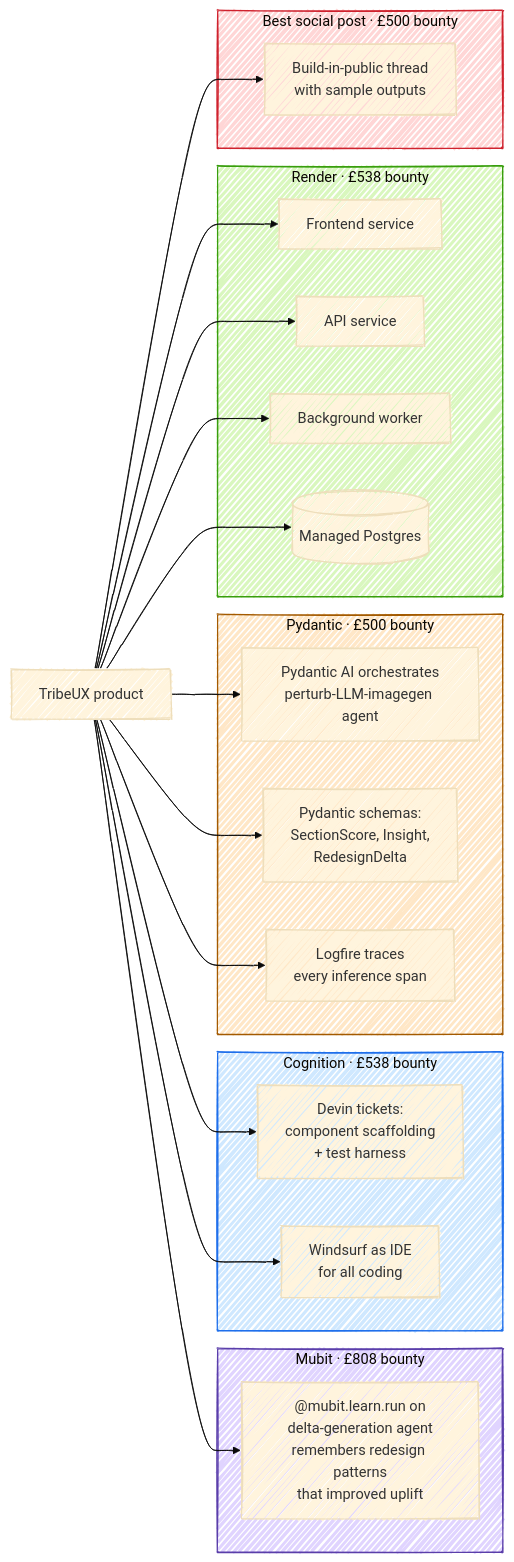
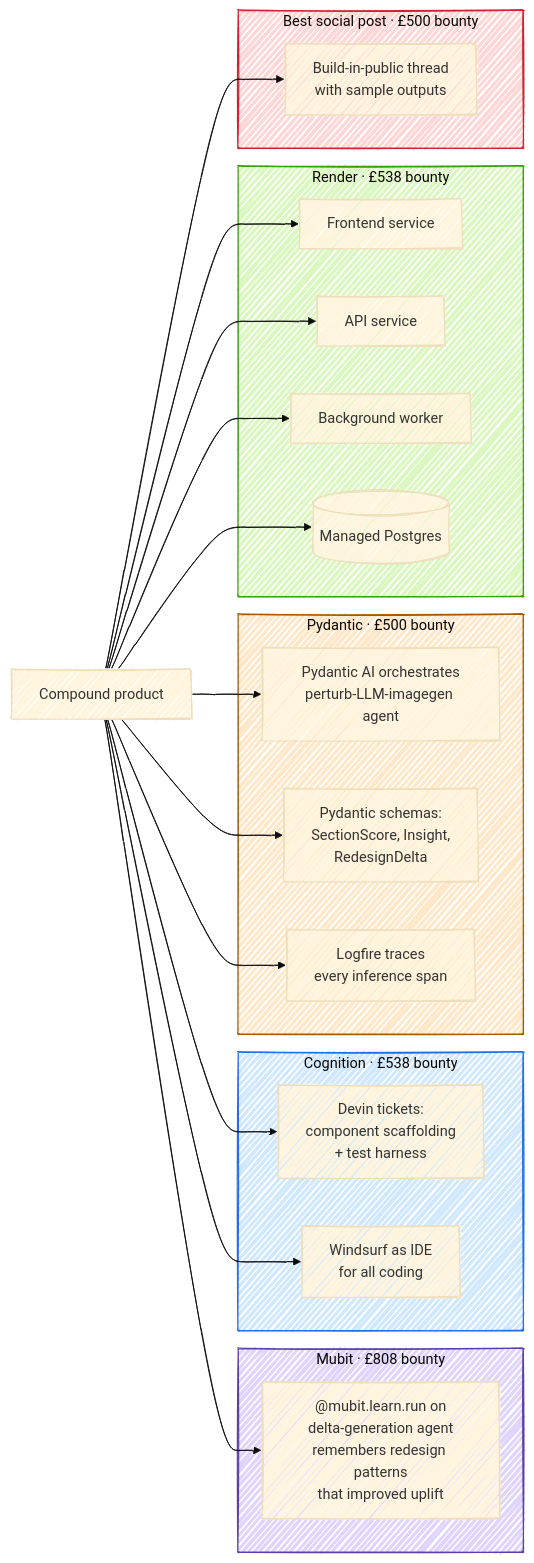
One commit to 0-robert/compound changed the sixth of 10 diagrams in tribeux-master-plan.md. Above: the diagram before and after it, drawn with Mermaid. The commit also changed other lines of this file and 9 other files, not shown here.

First line of the commit message:
Rename brand TRIBEUX/TribeUX \u2192 Compound across user-visible strings

````diff
--- a/tribeux-master-plan.md
+++ b/tribeux-master-plan.md
@@ -285,55 +285,55 @@
 ```mermaid
 ---
 config:
   look: handDrawn
   theme: base
 ---
 flowchart LR
-    Product["TribeUX product"]
+    Product["Compound product"]
 
     subgraph Mubit["Mubit · £808 bounty"]
         MubitLoop["@mubit.learn.run on<br/>delta-generation agent<br/>remembers redesign patterns<br/>that improved uplift"]
     end
 
     subgraph Cog["Cognition · £538 bounty"]
         Devin["Devin tickets:<br/>component scaffolding<br/>+ test harness"]
         Wind["Windsurf as IDE<br/>for all coding"]
     end
 
     subgraph Pyd["Pydantic · £500 bounty"]
         PAI["Pydantic AI orchestrates<br/>perturb-LLM-imagegen agent"]
         Schema["Pydantic schemas:<br/>SectionScore, Insight,<br/>RedesignDelta"]
         LF["Logfire traces<br/>every inference span"]
     end
 
     subgraph Render["Render · £538 bounty"]
         FE["Frontend service"]
         BE["API service"]
         WK["Background worker"]
         PG[("Managed Postgres")]
     end
 
     subgraph Social["Best social post · £500 bounty"]
         Thread["Build-in-public thread<br/>with sample outputs"]
     end
 
     Product --> MubitLoop
     Product --> Devin
     Product --> Wind
     Product --> PAI
     Product --> Schema
     Product --> LF
     Product --> FE & BE & WK & PG
     Product --> Thread
 
     classDef m fill:#e0d4ff,stroke:#5a3eaa
     classDef c fill:#cfe8ff,stroke:#1f6feb
     classDef p fill:#ffe7c7,stroke:#a35a00
     classDef r fill:#d9f7be,stroke:#389e0d
     classDef s fill:#ffd6d6,stroke:#cf222e
     class Mubit m
     class Cog c
     class Pyd p
     class Render r
     class Social s
 ```
````
